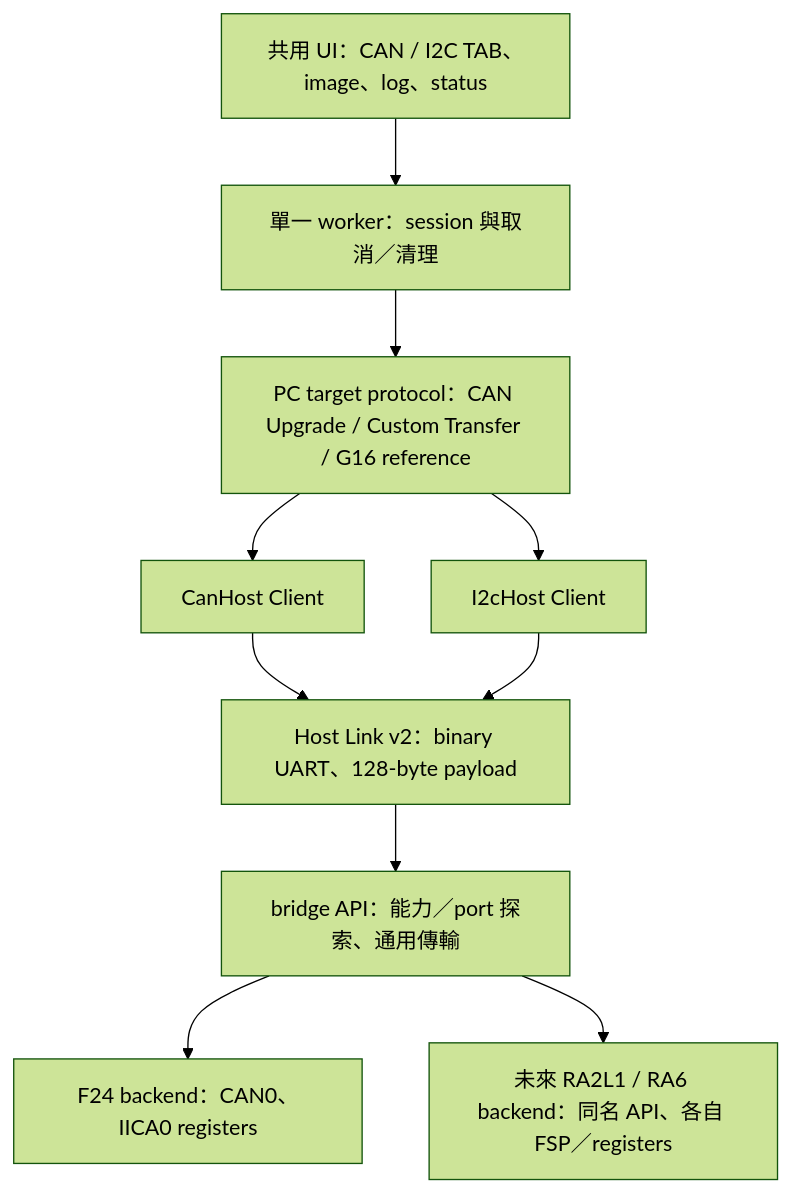
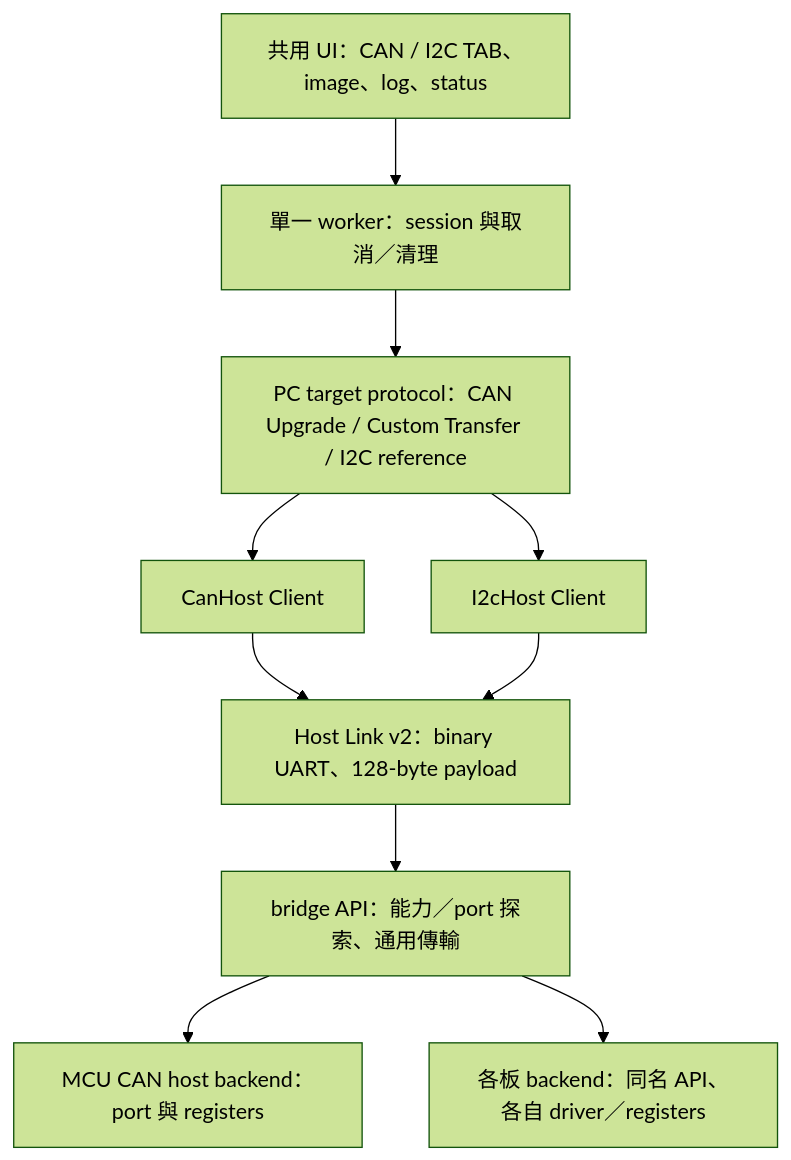
One commit to released/simple_renesas_isp_tool changed the first of 4 diagrams in docs/MULTIBUS_TOOL_GUIDE_zh-TW.md. Above: the diagram before and after it, drawn with Mermaid (forest theme). The commit also changed other lines of this file and 41 other files, not shown here.

````diff
--- a/docs/MULTIBUS_TOOL_GUIDE_zh-TW.md
+++ b/docs/MULTIBUS_TOOL_GUIDE_zh-TW.md
@@ -110,12 +66,12 @@
 ```mermaid
 flowchart TD
     UI["共用 UI：CAN / I2C TAB、image、log、status"] --> W["單一 worker：session 與取消／清理"]
-    W --> T["PC target protocol：CAN Upgrade / Custom Transfer / G16 reference"]
+    W --> T["PC target protocol：CAN Upgrade / Custom Transfer / I2C reference"]
     T --> C["CanHost Client"]
     T --> I["I2cHost Client"]
     C --> L["Host Link v2：binary UART、128-byte payload"]
     I --> L
     L --> B["bridge API：能力／port 探索、通用傳輸"]
-    B --> F["F24 backend：CAN0、IICA0 registers"]
-    B --> R["未來 RA2L1 / RA6 backend：同名 API、各自 FSP／registers"]
+    B --> F["MCU CAN host backend：port 與 registers"]
+    B --> R["各板 backend：同名 API、各自 driver／registers"]
 ```
````
